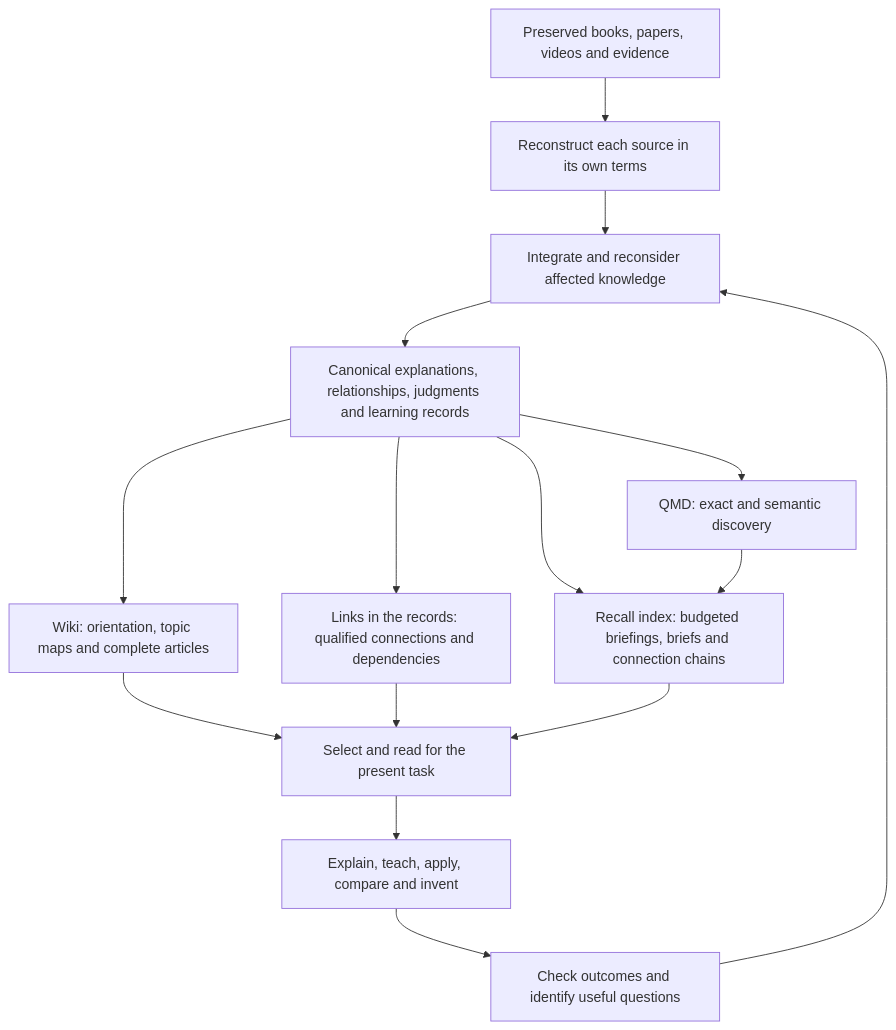
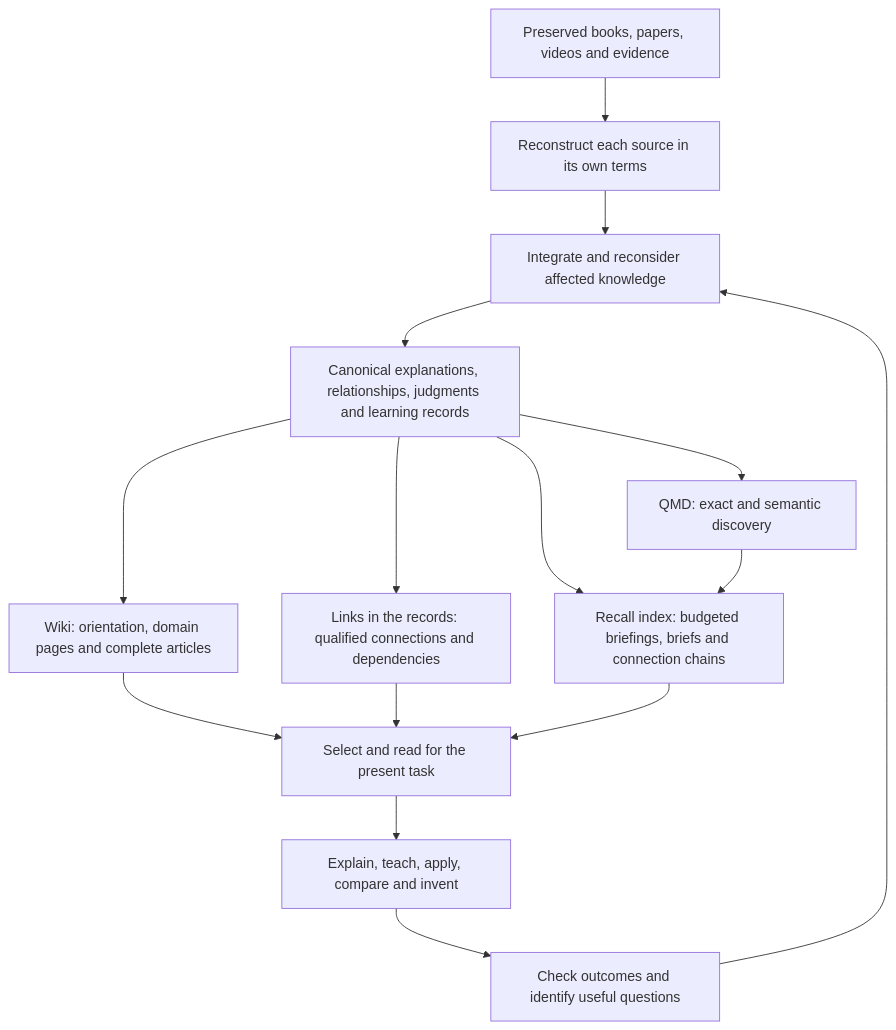
One commit to Barncore/know-fu changed the diagram in docs/NORTH_STAR.md. Above: the diagram before and after it, drawn with Mermaid. The commit also changed other lines of this file and 14 other files, not shown here.

````diff
--- a/docs/NORTH_STAR.md
+++ b/docs/NORTH_STAR.md
@@ -120,17 +120,17 @@
 ```mermaid
 flowchart TD
     S[Preserved books, papers, videos and evidence] --> R[Reconstruct each source in its own terms]
     R --> I[Integrate and reconsider affected knowledge]
     I --> C[Canonical explanations, relationships, judgments and learning records]
-    C --> W[Wiki: orientation, topic maps and complete articles]
+    C --> W[Wiki: orientation, domain pages and complete articles]
     C --> G[Links in the records: qualified connections and dependencies]
     C --> Q[QMD: exact and semantic discovery]
     C --> K[Recall index: budgeted briefings, briefs and connection chains]
     W --> P[Select and read for the present task]
     G --> P
     Q --> K
     K --> P
     P --> A[Explain, teach, apply, compare and invent]
     A --> V[Check outcomes and identify useful questions]
     V --> I
 ```
````
